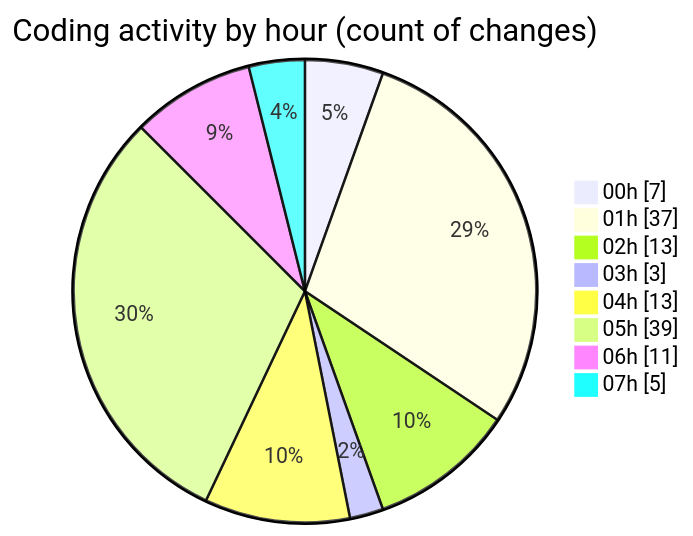
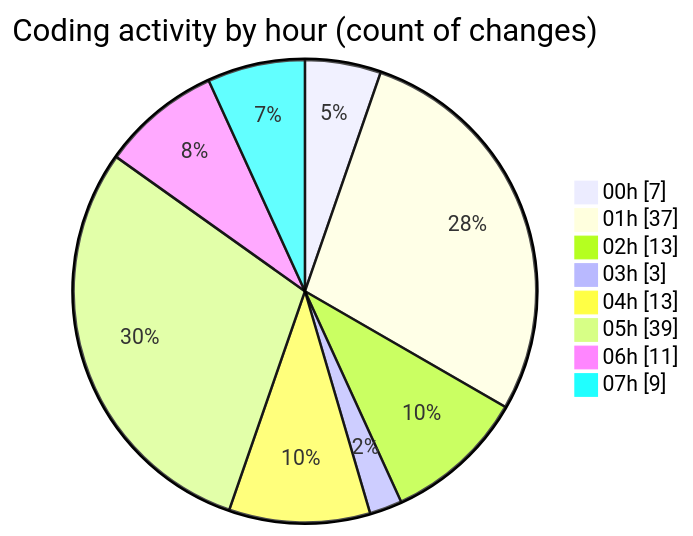
One commit to charlie-sans/code-tracking changed the second of 2 diagrams in 2025-02-23/micros/README.md. Above: the diagram before and after it, drawn with Mermaid. The commit also changed other lines of this file and 1 other file, not shown here.

````diff
--- a/2025-02-23/micros/README.md
+++ b/2025-02-23/micros/README.md
@@ -62,12 +62,12 @@
 ```mermaid
 pie showData
 title Coding activity by hour (count of changes)
 "00h" : 7
 "01h" : 37
 "02h" : 13
 "03h" : 3
 "04h" : 13
 "05h" : 39
 "06h" : 11
-"07h" : 5
+"07h" : 9
 ```
````
